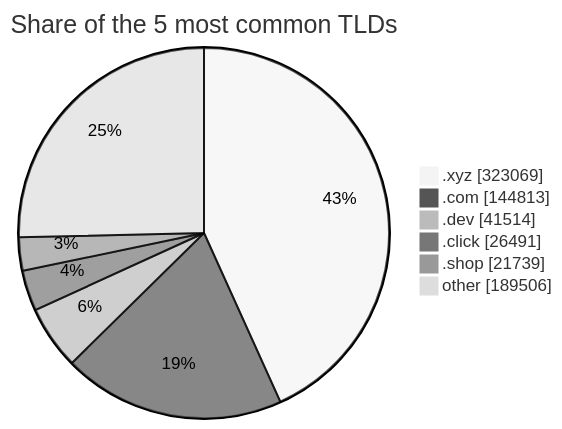
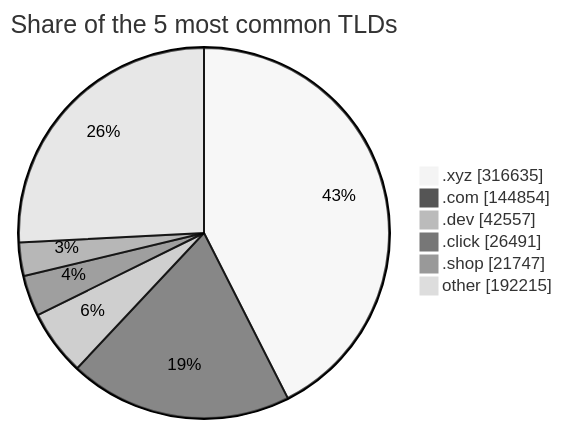
One commit to DNSBunker/CTI changed the third of 3 diagrams in README.md. Above: the diagram before and after it, drawn with Mermaid (neutral theme). The commit also changed other lines of this file and 3 other files, not shown here.

````diff
--- a/README.md
+++ b/README.md
@@ -81,9 +81,9 @@
 ```mermaid
 pie showData title Share of the 5 most common TLDs
-    ".xyz" : 323069
-    ".com" : 144813
-    ".dev" : 41514
+    ".xyz" : 316635
+    ".com" : 144854
+    ".dev" : 42557
     ".click" : 26491
-    ".shop" : 21739
-    "other" : 189506
+    ".shop" : 21747
+    "other" : 192215
 ```
````
